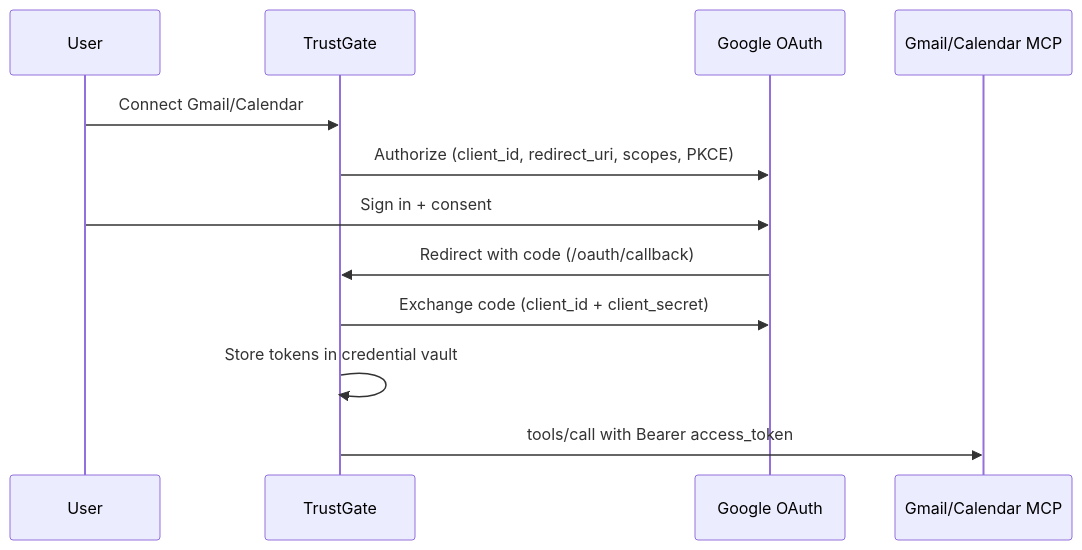
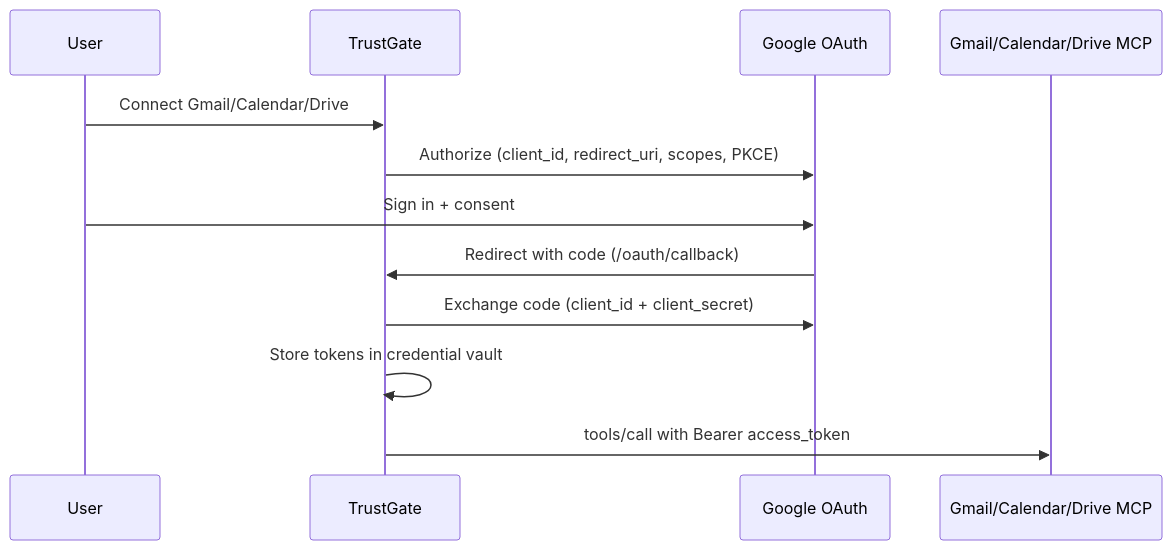
The diagram in docs/mcp/google-workspace-oauth.md (NeuralTrust/TrustGate), drawn with Mermaid before and after one commit. The commit also changed other lines of this file and 11 other files, not shown here.

First line of the commit message:
feat(mcp): add Google Drive remote MCP to Workspace catalog

````diff
--- a/docs/mcp/google-workspace-oauth.md
+++ b/docs/mcp/google-workspace-oauth.md
@@ -14,15 +14,15 @@
 ```mermaid
 sequenceDiagram
   participant User
   participant TrustGate
   participant GoogleAuth as Google OAuth
-  participant GoogleMCP as Gmail/Calendar MCP
+  participant GoogleMCP as Gmail/Calendar/Drive MCP
 
-  User->>TrustGate: Connect Gmail/Calendar
+  User->>TrustGate: Connect Gmail/Calendar/Drive
   TrustGate->>GoogleAuth: Authorize (client_id, redirect_uri, scopes, PKCE)
   User->>GoogleAuth: Sign in + consent
   GoogleAuth->>TrustGate: Redirect with code (/oauth/callback)
   TrustGate->>GoogleAuth: Exchange code (client_id + client_secret)
   TrustGate->>TrustGate: Store tokens in credential vault
   TrustGate->>GoogleMCP: tools/call with Bearer access_token
 ```
````
